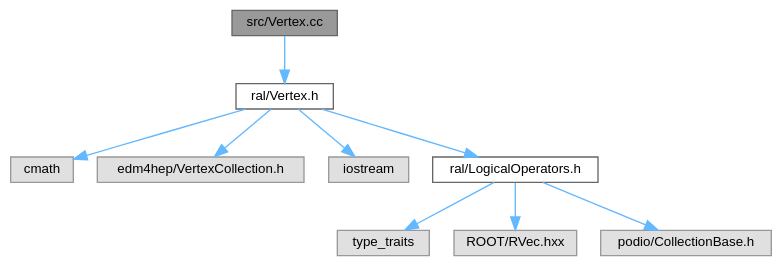
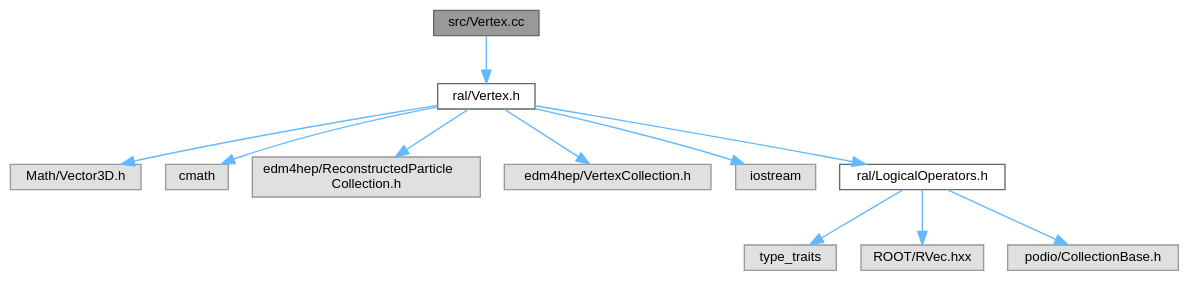
One commit to Juanki0396/ral changed the diagram in docs/Vertex_8cc__incl.dot. Above: the diagram before and after it, drawn with Graphviz. The commit also changed 58 other files, not shown here.

```diff
--- a/docs/Vertex_8cc__incl.dot
+++ b/docs/Vertex_8cc__incl.dot
@@ -1,24 +1,28 @@
 digraph "src/Vertex.cc"
 {
  // LATEX_PDF_SIZE
   bgcolor="transparent";
   edge [fontname=Helvetica,fontsize=10,labelfontname=Helvetica,labelfontsize=10];
   node [fontname=Helvetica,fontsize=10,shape=box,height=0.2,width=0.4];
   Node1 [id="Node000001",label="src/Vertex.cc",height=0.2,width=0.4,color="gray40", fillcolor="grey60", style="filled", fontcolor="black",tooltip=" "];
   Node1 -> Node2 [id="edge1_Node000001_Node000002",color="steelblue1",style="solid",tooltip=" "];
   Node2 [id="Node000002",label="ral/Vertex.h",height=0.2,width=0.4,color="grey40", fillcolor="white", style="filled",URL="$Vertex_8h.html",tooltip=" "];
   Node2 -> Node3 [id="edge2_Node000002_Node000003",color="steelblue1",style="solid",tooltip=" "];
-  Node3 [id="Node000003",label="cmath",height=0.2,width=0.4,color="grey60", fillcolor="#E0E0E0", style="filled",tooltip=" "];
+  Node3 [id="Node000003",label="Math/Vector3D.h",height=0.2,width=0.4,color="grey60", fillcolor="#E0E0E0", style="filled",tooltip=" "];
   Node2 -> Node4 [id="edge3_Node000002_Node000004",color="steelblue1",style="solid",tooltip=" "];
-  Node4 [id="Node000004",label="edm4hep/VertexCollection.h",height=0.2,width=0.4,color="grey60", fillcolor="#E0E0E0", style="filled",tooltip=" "];
+  Node4 [id="Node000004",label="cmath",height=0.2,width=0.4,color="grey60", fillcolor="#E0E0E0", style="filled",tooltip=" "];
   Node2 -> Node5 [id="edge4_Node000002_Node000005",color="steelblue1",style="solid",tooltip=" "];
-  Node5 [id="Node000005",label="iostream",height=0.2,width=0.4,color="grey60", fillcolor="#E0E0E0", style="filled",tooltip=" "];
+  Node5 [id="Node000005",label="edm4hep/ReconstructedParticle\lCollection.h",height=0.2,width=0.4,color="grey60", fillcolor="#E0E0E0", style="filled",tooltip=" "];
   Node2 -> Node6 [id="edge5_Node000002_Node000006",color="steelblue1",style="solid",tooltip=" "];
-  Node6 [id="Node000006",label="ral/LogicalOperators.h",height=0.2,width=0.4,color="grey40", fillcolor="white", style="filled",URL="$LogicalOperators_8h.html",tooltip=" "];
-  Node6 -> Node7 [id="edge6_Node000006_Node000007",color="steelblue1",style="solid",tooltip=" "];
-  Node7 [id="Node000007",label="type_traits",height=0.2,width=0.4,color="grey60", fillcolor="#E0E0E0", style="filled",tooltip=" "];
-  Node6 -> Node8 [id="edge7_Node000006_Node000008",color="steelblue1",style="solid",tooltip=" "];
-  Node8 [id="Node000008",label="ROOT/RVec.hxx",height=0.2,width=0.4,color="grey60", fillcolor="#E0E0E0", style="filled",tooltip=" "];
-  Node6 -> Node9 [id="edge8_Node000006_Node000009",color="steelblue1",style="solid",tooltip=" "];
-  Node9 [id="Node000009",label="podio/CollectionBase.h",height=0.2,width=0.4,color="grey60", fillcolor="#E0E0E0", style="filled",tooltip=" "];
+  Node6 [id="Node000006",label="edm4hep/VertexCollection.h",height=0.2,width=0.4,color="grey60", fillcolor="#E0E0E0", style="filled",tooltip=" "];
+  Node2 -> Node7 [id="edge6_Node000002_Node000007",color="steelblue1",style="solid",tooltip=" "];
+  Node7 [id="Node000007",label="iostream",height=0.2,width=0.4,color="grey60", fillcolor="#E0E0E0", style="filled",tooltip=" "];
+  Node2 -> Node8 [id="edge7_Node000002_Node000008",color="steelblue1",style="solid",tooltip=" "];
+  Node8 [id="Node000008",label="ral/LogicalOperators.h",height=0.2,width=0.4,color="grey40", fillcolor="white", style="filled",URL="$LogicalOperators_8h.html",tooltip=" "];
+  Node8 -> Node9 [id="edge8_Node000008_Node000009",color="steelblue1",style="solid",tooltip=" "];
+  Node9 [id="Node000009",label="type_traits",height=0.2,width=0.4,color="grey60", fillcolor="#E0E0E0", style="filled",tooltip=" "];
+  Node8 -> Node10 [id="edge9_Node000008_Node000010",color="steelblue1",style="solid",tooltip=" "];
+  Node10 [id="Node000010",label="ROOT/RVec.hxx",height=0.2,width=0.4,color="grey60", fillcolor="#E0E0E0", style="filled",tooltip=" "];
+  Node8 -> Node11 [id="edge10_Node000008_Node000011",color="steelblue1",style="solid",tooltip=" "];
+  Node11 [id="Node000011",label="podio/CollectionBase.h",height=0.2,width=0.4,color="grey60", fillcolor="#E0E0E0", style="filled",tooltip=" "];
 }
```
